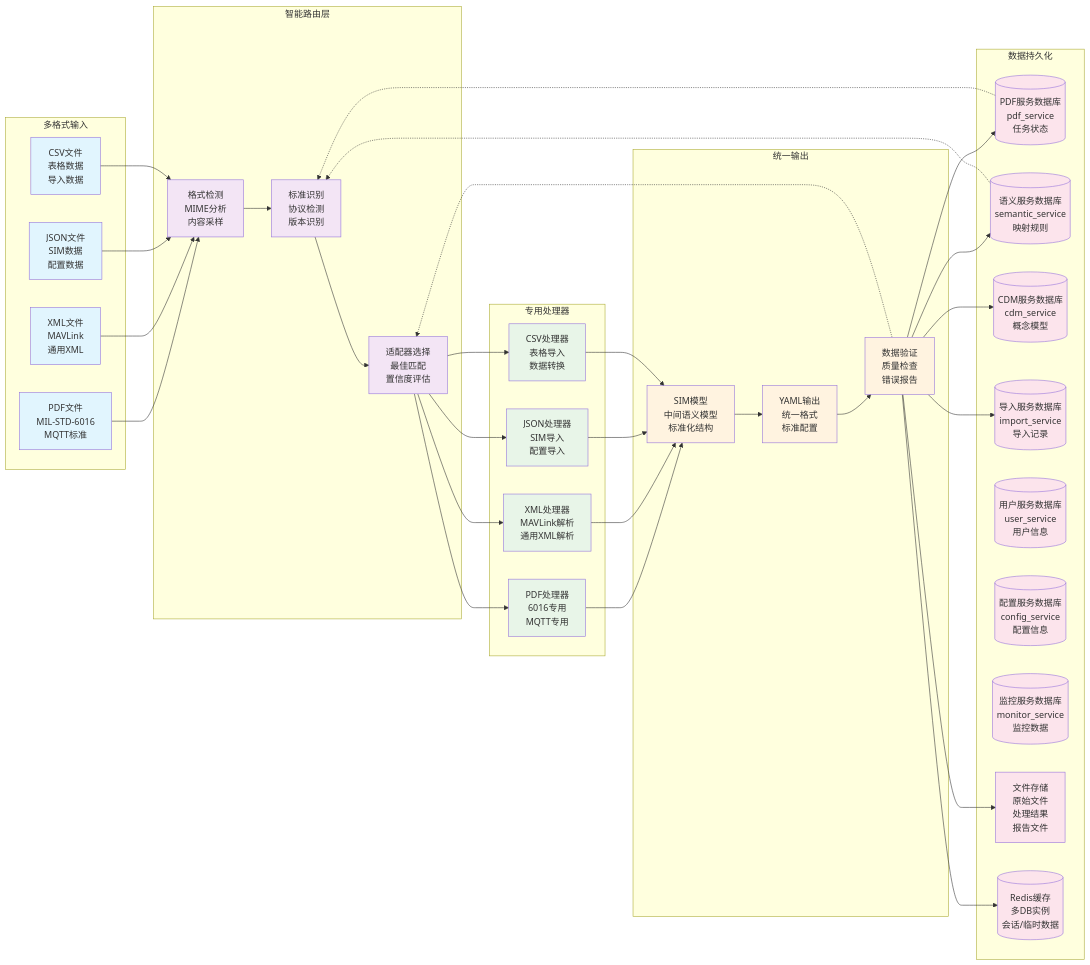
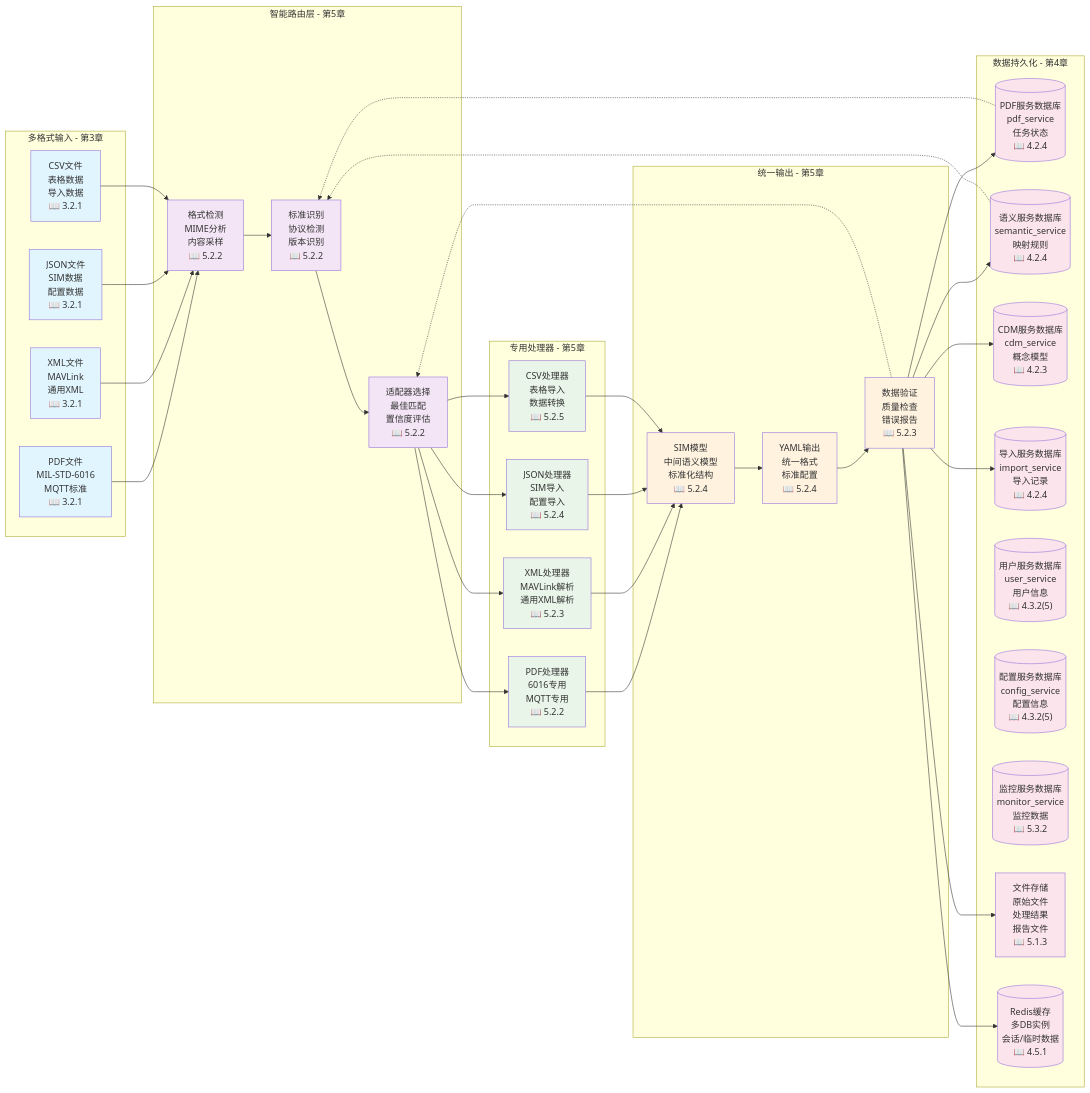
One commit to mistvapour/6016b changed the diagram in mmd/data_flow.mmd. Above: the diagram before and after it, drawn with Mermaid. The commit also changed 11 other files, not shown here.

```diff
--- a/mmd/data_flow.mmd
+++ b/mmd/data_flow.mmd
@@ -1,87 +1,87 @@
 flowchart LR
     %% 数据流架构图
     
-    subgraph "多格式输入"
-        PDF[PDF文件<br/>MIL-STD-6016<br/>MQTT标准]
-        XML[XML文件<br/>MAVLink<br/>通用XML]
-        JSON[JSON文件<br/>SIM数据<br/>配置数据]
-        CSV[CSV文件<br/>表格数据<br/>导入数据]
+    subgraph "多格式输入 - 第3章"
+        PDF["PDF文件<br/>MIL-STD-6016<br/>MQTT标准<br/>📖 3.2.1"]
+        XML["XML文件<br/>MAVLink<br/>通用XML<br/>📖 3.2.1"]
+        JSON["JSON文件<br/>SIM数据<br/>配置数据<br/>📖 3.2.1"]
+        CSV["CSV文件<br/>表格数据<br/>导入数据<br/>📖 3.2.1"]
     end
     
-    subgraph "智能路由层"
-        FORMAT_DETECT[格式检测<br/>MIME分析<br/>内容采样]
-        STANDARD_DETECT[标准识别<br/>协议检测<br/>版本识别]
-        ADAPTER_SELECT[适配器选择<br/>最佳匹配<br/>置信度评估]
+    subgraph "智能路由层 - 第5章"
+        FORMAT_DETECT["格式检测<br/>MIME分析<br/>内容采样<br/>📖 5.2.2"]
+        STANDARD_DETECT["标准识别<br/>协议检测<br/>版本识别<br/>📖 5.2.2"]
+        ADAPTER_SELECT["适配器选择<br/>最佳匹配<br/>置信度评估<br/>📖 5.2.2"]
     end
     
-    subgraph "专用处理器"
-        PDF_PROC[PDF处理器<br/>6016专用<br/>MQTT专用]
-        XML_PROC[XML处理器<br/>MAVLink解析<br/>通用XML解析]
-        JSON_PROC[JSON处理器<br/>SIM导入<br/>配置导入]
-        CSV_PROC[CSV处理器<br/>表格导入<br/>数据转换]
+    subgraph "专用处理器 - 第5章"
+        PDF_PROC["PDF处理器<br/>6016专用<br/>MQTT专用<br/>📖 5.2.2"]
+        XML_PROC["XML处理器<br/>MAVLink解析<br/>通用XML解析<br/>📖 5.2.3"]
+        JSON_PROC["JSON处理器<br/>SIM导入<br/>配置导入<br/>📖 5.2.4"]
+        CSV_PROC["CSV处理器<br/>表格导入<br/>数据转换<br/>📖 5.2.5"]
     end
     
-    subgraph "统一输出"
-        SIM_MODEL[SIM模型<br/>中间语义模型<br/>标准化结构]
-        YAML_OUT[YAML输出<br/>统一格式<br/>标准配置]
-        VALIDATION[数据验证<br/>质量检查<br/>错误报告]
+    subgraph "统一输出 - 第5章"
+        SIM_MODEL["SIM模型<br/>中间语义模型<br/>标准化结构<br/>📖 5.2.4"]
+        YAML_OUT["YAML输出<br/>统一格式<br/>标准配置<br/>📖 5.2.4"]
+        VALIDATION["数据验证<br/>质量检查<br/>错误报告<br/>📖 5.2.3"]
     end
     
-    subgraph "数据持久化"
-        PDF_DB[(PDF服务数据库<br/>pdf_service<br/>任务状态)]
-        SEMANTIC_DB[(语义服务数据库<br/>semantic_service<br/>映射规则)]
-        CDM_DB[(CDM服务数据库<br/>cdm_service<br/>概念模型)]
-        IMPORT_DB[(导入服务数据库<br/>import_service<br/>导入记录)]
-        USER_DB[(用户服务数据库<br/>user_service<br/>用户信息)]
-        CONFIG_DB[(配置服务数据库<br/>config_service<br/>配置信息)]
-        MONITOR_DB[(监控服务数据库<br/>monitor_service<br/>监控数据)]
-        FILE_STORE[文件存储<br/>原始文件<br/>处理结果<br/>报告文件]
-        REDIS_CACHE[(Redis缓存<br/>多DB实例<br/>会话/临时数据)]
+    subgraph "数据持久化 - 第4章"
+        PDF_DB[("PDF服务数据库<br/>pdf_service<br/>任务状态<br/>📖 4.2.4")]
+        SEMANTIC_DB[("语义服务数据库<br/>semantic_service<br/>映射规则<br/>📖 4.2.4")]
+        CDM_DB[("CDM服务数据库<br/>cdm_service<br/>概念模型<br/>📖 4.2.3")]
+        IMPORT_DB[("导入服务数据库<br/>import_service<br/>导入记录<br/>📖 4.2.4")]
+        USER_DB[("用户服务数据库<br/>user_service<br/>用户信息<br/>📖 4.3.2(5)")]
+        CONFIG_DB[("配置服务数据库<br/>config_service<br/>配置信息<br/>📖 4.3.2(5)")]
+        MONITOR_DB[("监控服务数据库<br/>monitor_service<br/>监控数据<br/>📖 5.3.2")]
+        FILE_STORE["文件存储<br/>原始文件<br/>处理结果<br/>报告文件<br/>📖 5.1.3"]
+        REDIS_CACHE[("Redis缓存<br/>多DB实例<br/>会话/临时数据<br/>📖 4.5.1")]
     end
     
     %% 数据流连接
     PDF --> FORMAT_DETECT
     XML --> FORMAT_DETECT
     JSON --> FORMAT_DETECT
     CSV --> FORMAT_DETECT
     
     FORMAT_DETECT --> STANDARD_DETECT
     STANDARD_DETECT --> ADAPTER_SELECT
     
     ADAPTER_SELECT --> PDF_PROC
     ADAPTER_SELECT --> XML_PROC
     ADAPTER_SELECT --> JSON_PROC
     ADAPTER_SELECT --> CSV_PROC
     
     PDF_PROC --> SIM_MODEL
     XML_PROC --> SIM_MODEL
     JSON_PROC --> SIM_MODEL
     CSV_PROC --> SIM_MODEL
     
     SIM_MODEL --> YAML_OUT
     YAML_OUT --> VALIDATION
     
     VALIDATION --> PDF_DB
     VALIDATION --> SEMANTIC_DB
     VALIDATION --> CDM_DB
     VALIDATION --> IMPORT_DB
     VALIDATION --> FILE_STORE
     VALIDATION --> REDIS_CACHE
     
     %% 反馈循环
     VALIDATION -.-> ADAPTER_SELECT
     PDF_DB -.-> STANDARD_DETECT
     SEMANTIC_DB -.-> STANDARD_DETECT
     
     %% 样式
     classDef input fill:#e1f5fe
     classDef routing fill:#f3e5f5
     classDef processing fill:#e8f5e8
     classDef output fill:#fff3e0
     classDef storage fill:#fce4ec
     
     class PDF,XML,JSON,CSV input
     class FORMAT_DETECT,STANDARD_DETECT,ADAPTER_SELECT routing
     class PDF_PROC,XML_PROC,JSON_PROC,CSV_PROC processing
     class SIM_MODEL,YAML_OUT,VALIDATION output
     class PDF_DB,SEMANTIC_DB,CDM_DB,IMPORT_DB,USER_DB,CONFIG_DB,MONITOR_DB,FILE_STORE,REDIS_CACHE storage
```
